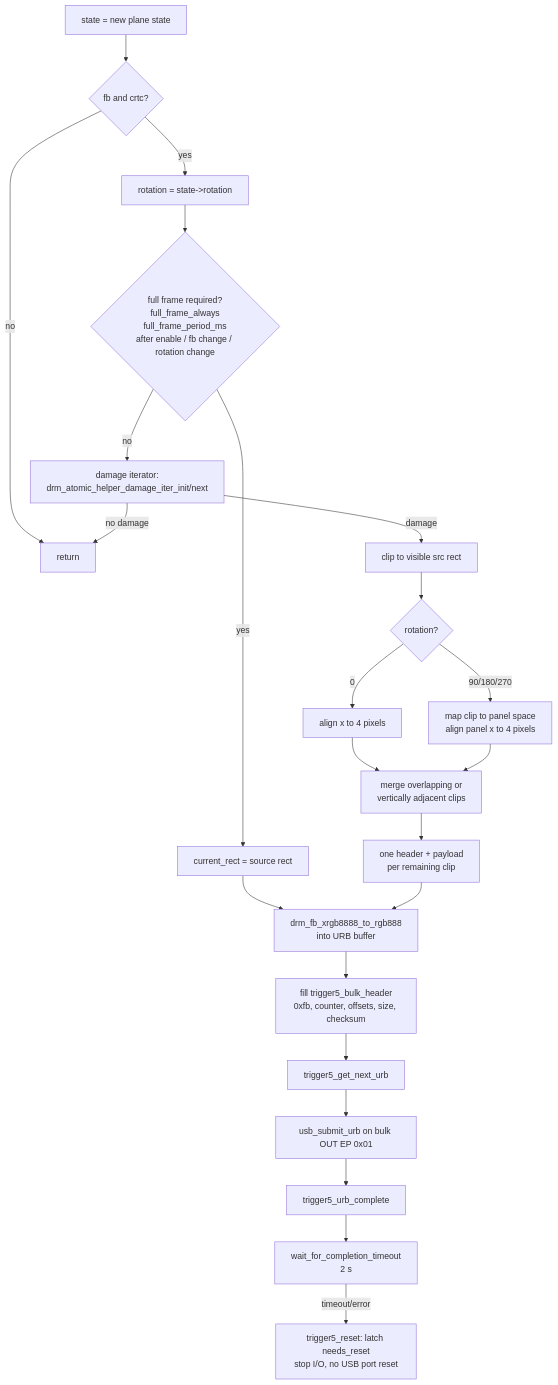
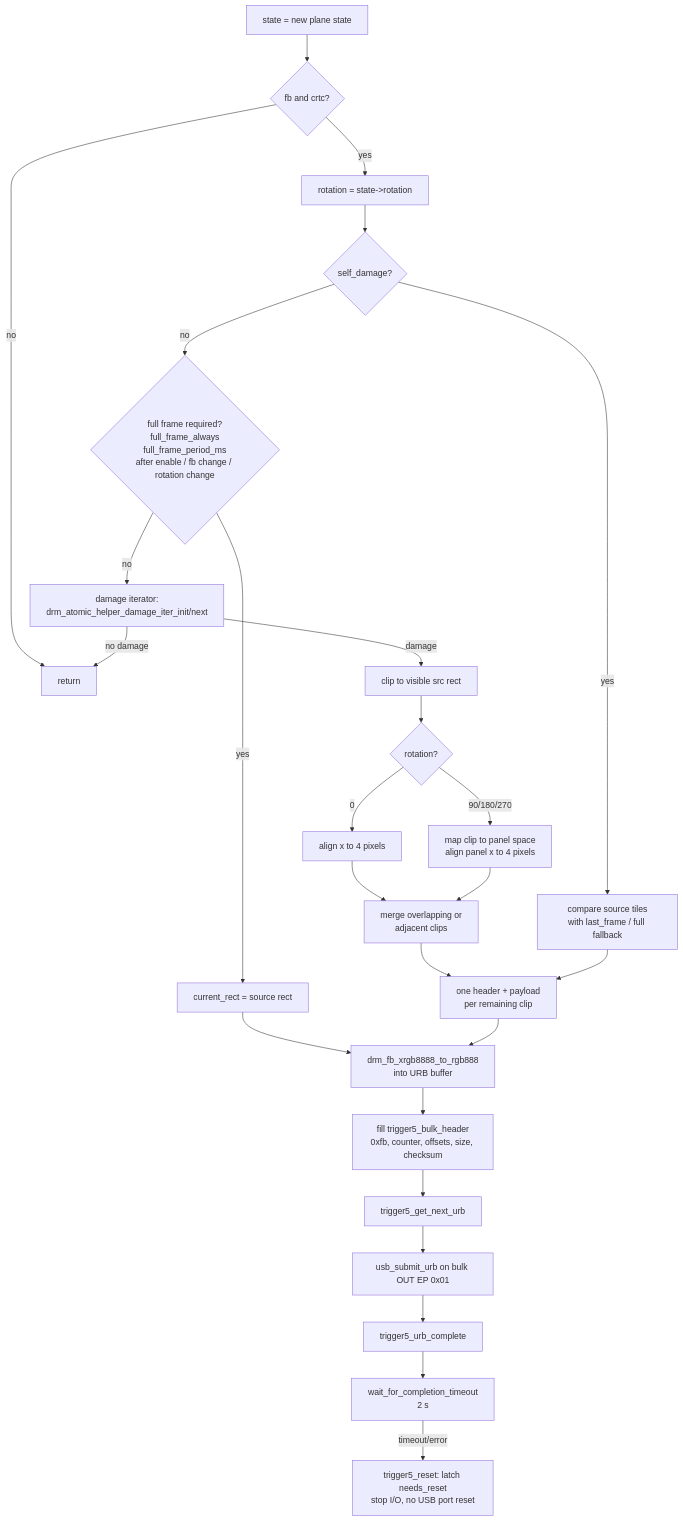
Before and after one commit to IdoitEngineer/mct-trigger5-linux: the third of 4 diagrams in docs/call-flow.md, drawn with Mermaid. The commit also changed other lines of this file and 16 other files, not shown here.

First line of the commit message:
driver/tools: add self-damage tracking and params command

````diff
--- a/docs/call-flow.md
+++ b/docs/call-flow.md
@@ -134,25 +134,28 @@
 ```mermaid
 flowchart TD
     A["state = new plane state"] --> B{"fb and crtc?"}
     B -- no --> Z["return"]
     B -- yes --> C["rotation = state->rotation"]
-    C --> D{"full frame required?<br/>full_frame_always<br/>full_frame_period_ms<br/>after enable / fb change / rotation change"}
+    C --> S{"self_damage?"}
+    S -- yes --> S1["compare source tiles<br/>with last_frame / full fallback"]
+    S -- no --> D{"full frame required?<br/>full_frame_always<br/>full_frame_period_ms<br/>after enable / fb change / rotation change"}
     D -- yes --> E["current_rect = source rect"]
     D -- no --> F["damage iterator:<br/>drm_atomic_helper_damage_iter_init/next"]
     F -->|no damage| Z
     F -->|damage| G["clip to visible src rect"]
     G --> G3{"rotation?"}
     G3 -- 0 --> G4["align x to 4 pixels"]
     G3 -- 90/180/270 --> G5["map clip to panel space<br/>align panel x to 4 pixels"]
-    G4 --> G2["merge overlapping or<br/>vertically adjacent clips"]
+    G4 --> G2["merge overlapping or<br/>adjacent clips"]
     G5 --> G2
     E --> H["drm_fb_xrgb8888_to_rgb888<br/>into URB buffer"]
     G2 --> H2["one header + payload<br/>per remaining clip"]
     H2 --> H
+    S1 --> H2
     H --> J["fill trigger5_bulk_header<br/>0xfb, counter, offsets, size, checksum"]
     J --> K["trigger5_get_next_urb"]
     K --> L["usb_submit_urb on bulk OUT EP 0x01"]
     L --> M["trigger5_urb_complete"]
     M --> N["wait_for_completion_timeout<br/>2 s"]
     N -->|timeout/error| O["trigger5_reset: latch needs_reset<br/>stop I/O, no USB port reset"]
 ```
````
